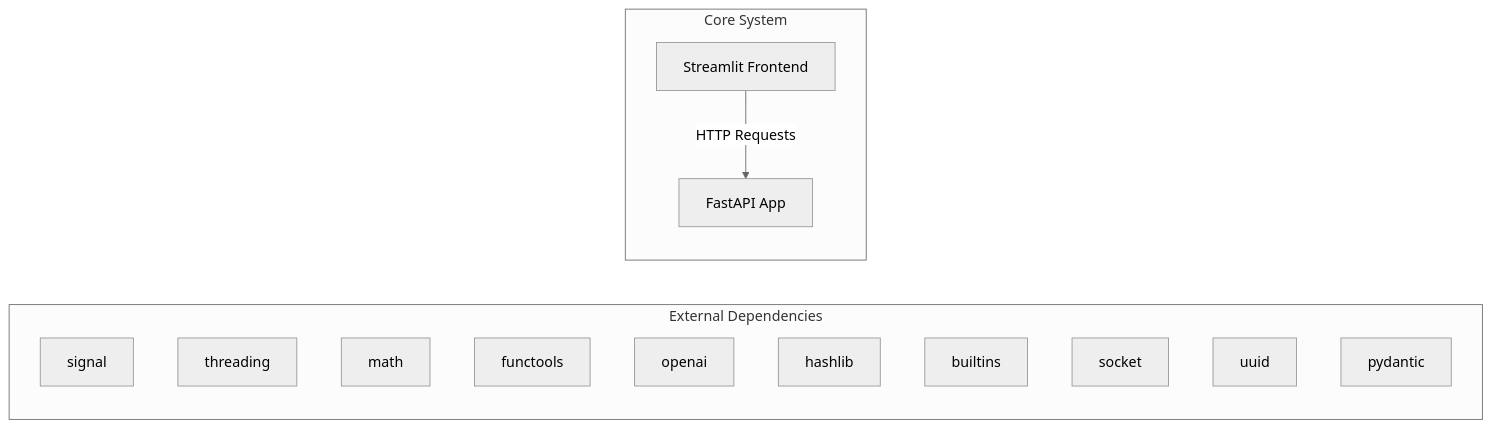
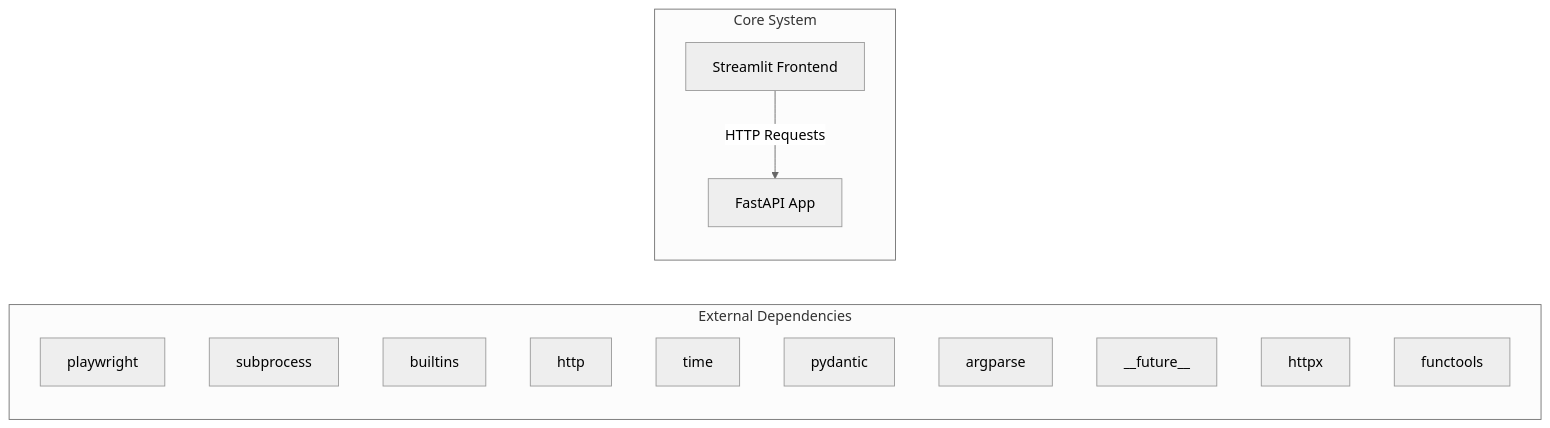
One commit to NITISH-R-G/rag-context-optimizer changed the first of 2 diagrams in docs/architecture.md. Above: the diagram before and after it, drawn with Mermaid (neutral theme). The commit also changed 1 other file, not shown here.

Commit message:
docs: auto-update repository knowledge, architecture diagrams, and documentation

````diff
--- a/docs/architecture.md
+++ b/docs/architecture.md
@@ -7,20 +7,20 @@
 ```mermaid
 graph LR
     subgraph External Dependencies
-        E0["signal"]
-        E1["threading"]
-        E2["math"]
-        E3["functools"]
-        E4["openai"]
-        E5["hashlib"]
-        E6["builtins"]
-        E7["socket"]
-        E8["uuid"]
-        E9["pydantic"]
+        E0["playwright"]
+        E1["subprocess"]
+        E2["builtins"]
+        E3["http"]
+        E4["time"]
+        E5["pydantic"]
+        E6["argparse"]
+        E7["__future__"]
+        E8["httpx"]
+        E9["functools"]
     end
     subgraph Core System
         API["FastAPI App"]
         UI["Streamlit Frontend"]
     end
     UI -->|HTTP Requests| API
 ```
````
